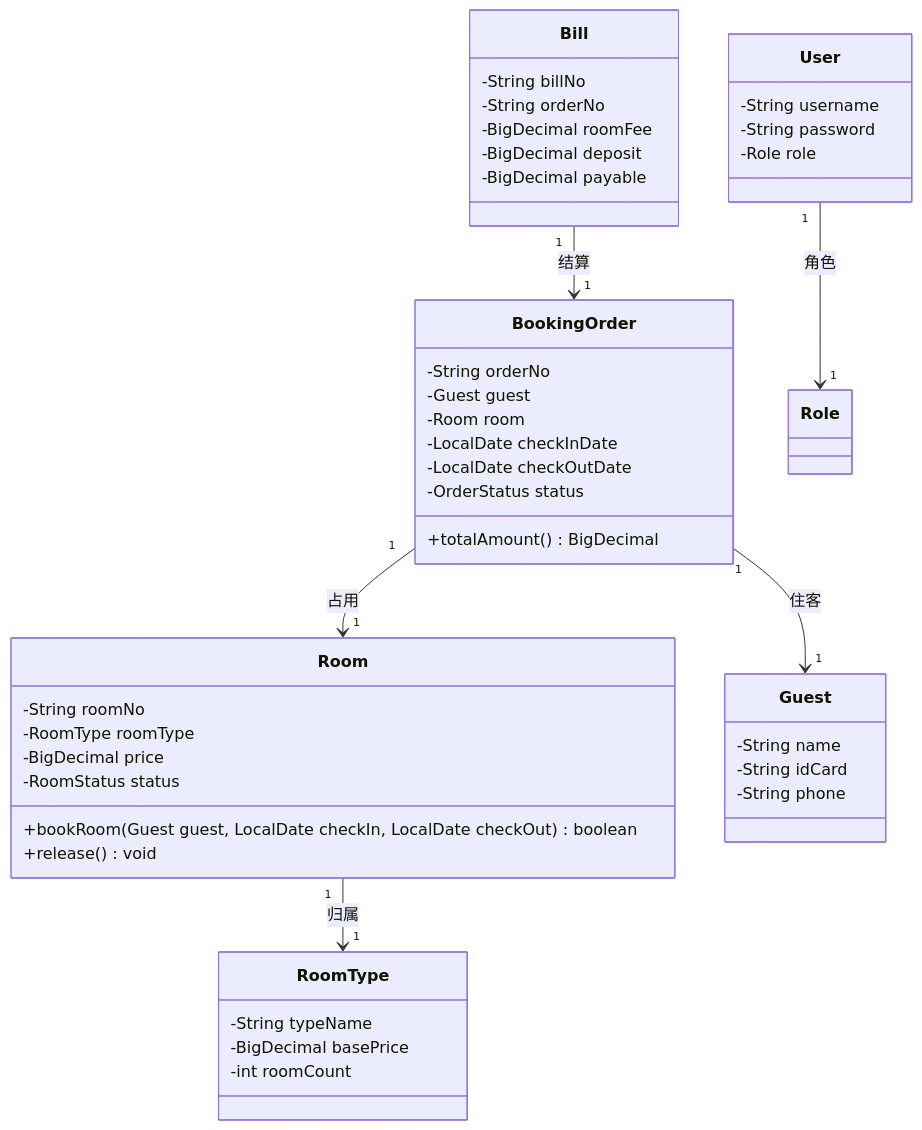
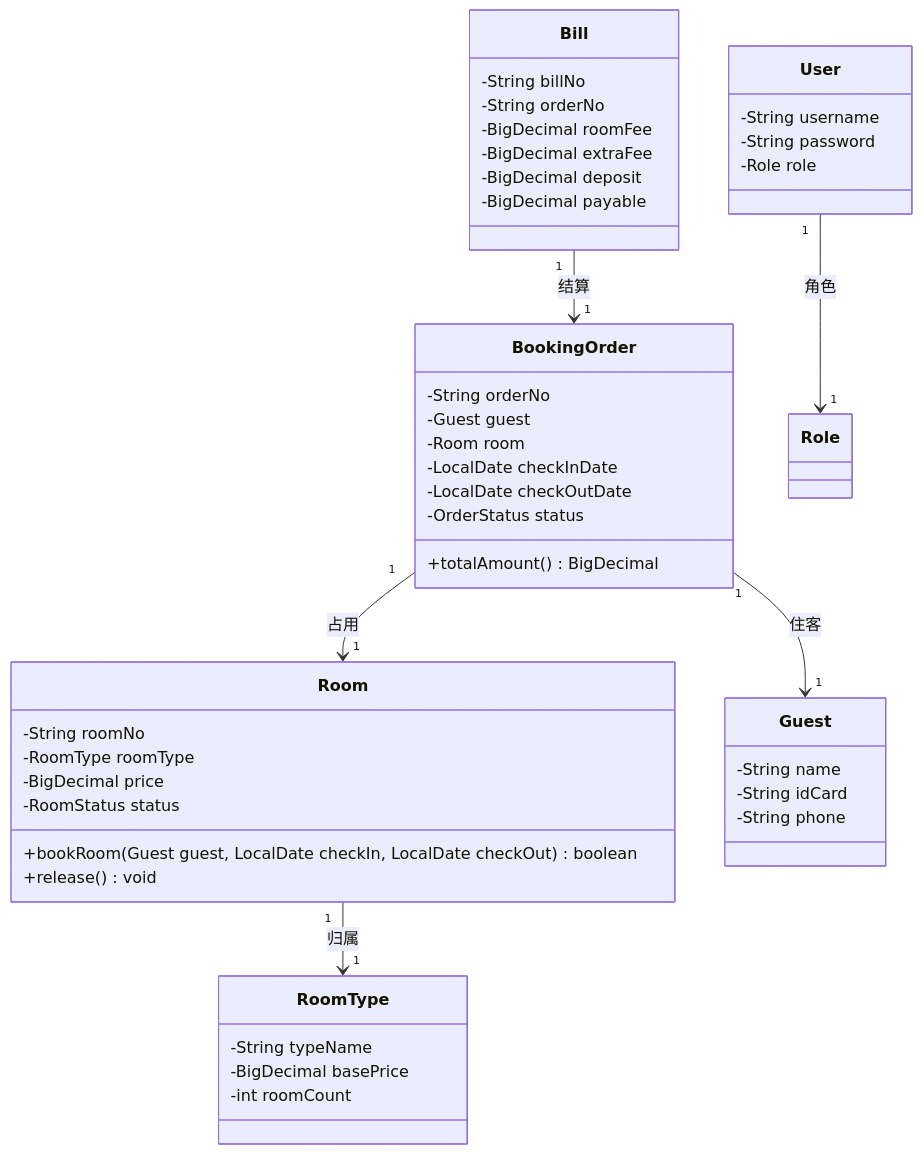
Before and after one commit to STU-team/Study_Room_Reservation: the diagram in docs/contract/接口契约.md, drawn with Mermaid.

Commit message:
docs: 接口契约Bill类图补extraFee字段（对齐实体表与bills.csv）

````diff
--- a/docs/contract/接口契约.md
+++ b/docs/contract/接口契约.md
@@ -60,47 +60,48 @@
 ```mermaid
 classDiagram
     class Room {
         -String roomNo
         -RoomType roomType
         -BigDecimal price
         -RoomStatus status
         +bookRoom(Guest guest, LocalDate checkIn, LocalDate checkOut) boolean
         +release() void
     }
     class RoomType {
         -String typeName
         -BigDecimal basePrice
         -int roomCount
     }
     class Guest {
         -String name
         -String idCard
         -String phone
     }
     class BookingOrder {
         -String orderNo
         -Guest guest
         -Room room
         -LocalDate checkInDate
         -LocalDate checkOutDate
         -OrderStatus status
         +totalAmount() BigDecimal
     }
     class Bill {
         -String billNo
         -String orderNo
         -BigDecimal roomFee
+        -BigDecimal extraFee
         -BigDecimal deposit
         -BigDecimal payable
     }
     class User {
         -String username
         -String password
         -Role role
     }
     Room "1" --> "1" RoomType : 归属
     User "1" --> "1" Role : 角色
     BookingOrder "1" --> "1" Room : 占用
     BookingOrder "1" --> "1" Guest : 住客
     Bill "1" --> "1" BookingOrder : 结算
 ```
````
